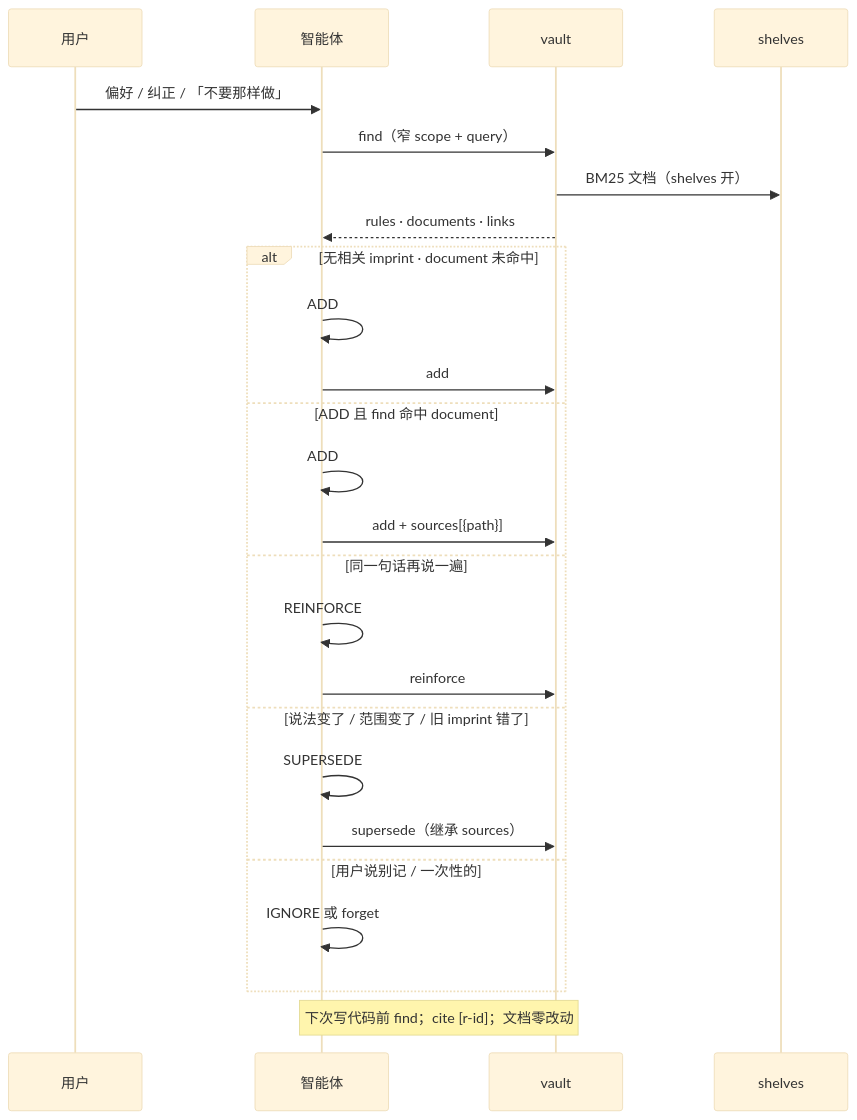
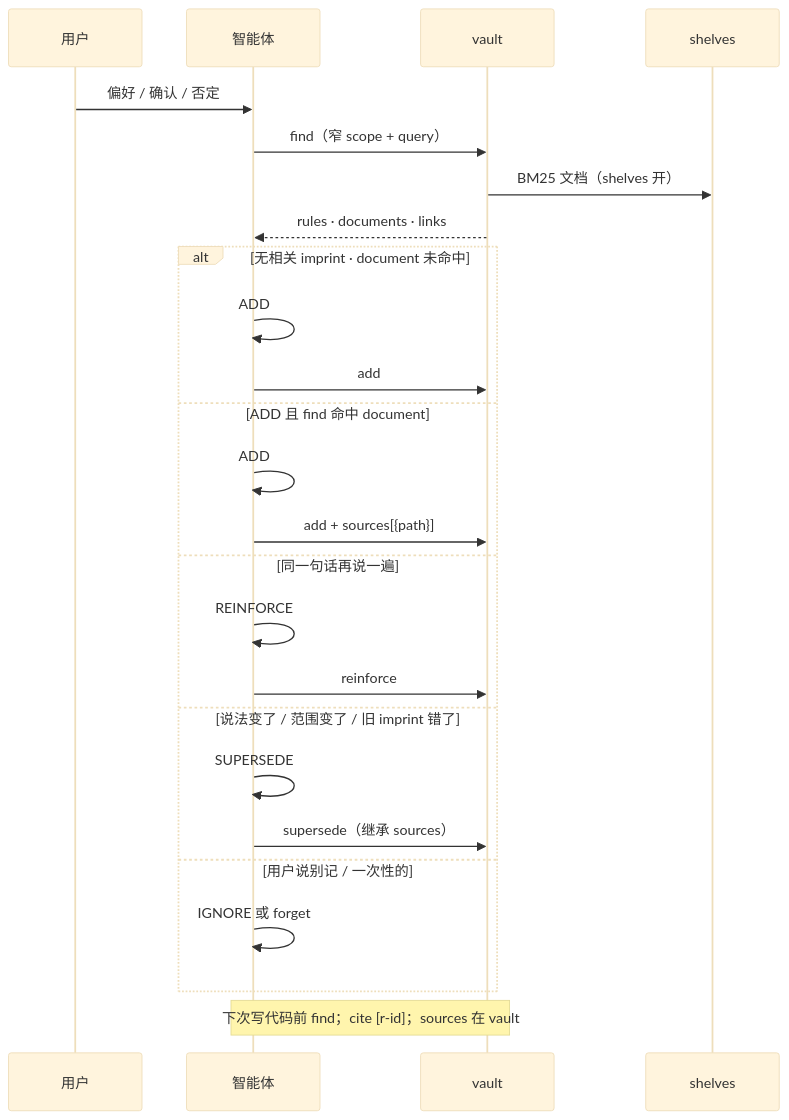
The diagram in docs/correction.zh.md (SteamedBread2333/imprint), drawn with Mermaid (base theme) before and after one commit. The commit also changed other lines of this file and 13 other files, not shown here.

````diff
--- a/docs/correction.zh.md
+++ b/docs/correction.zh.md
@@ -21,30 +21,30 @@
 ```mermaid
 sequenceDiagram
   participant U as 用户
   participant A as 智能体
   participant V as vault
   participant S as shelves
 
-  U->>A: 偏好 / 纠正 / 「不要那样做」
+  U->>A: 偏好 / 确认 / 否定
   A->>V: find（窄 scope + query）
   V->>S: BM25 文档（shelves 开）
   V-->>A: rules · documents · links
 
   alt 无相关 imprint · document 未命中
     A->>A: ADD
     A->>V: add
   else ADD 且 find 命中 document
     A->>A: ADD
     A->>V: add + sources[{path}]
   else 同一句话再说一遍
     A->>A: REINFORCE
     A->>V: reinforce
   else 说法变了 / 范围变了 / 旧 imprint 错了
     A->>A: SUPERSEDE
     A->>V: supersede（继承 sources）
   else 用户说别记 / 一次性的
     A->>A: IGNORE 或 forget
   end
 
-  Note over A,V: 下次写代码前 find；cite [r-id]；文档零改动
+  Note over A,V: 下次写代码前 find；cite [r-id]；sources 在 vault
 ```
````
